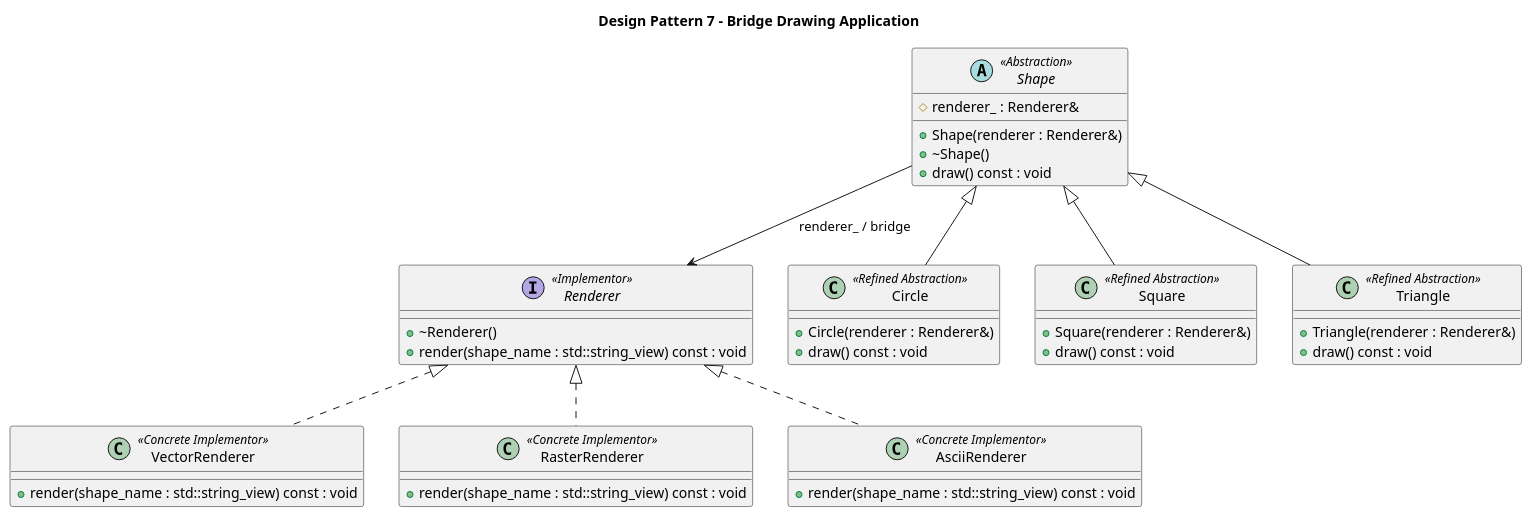
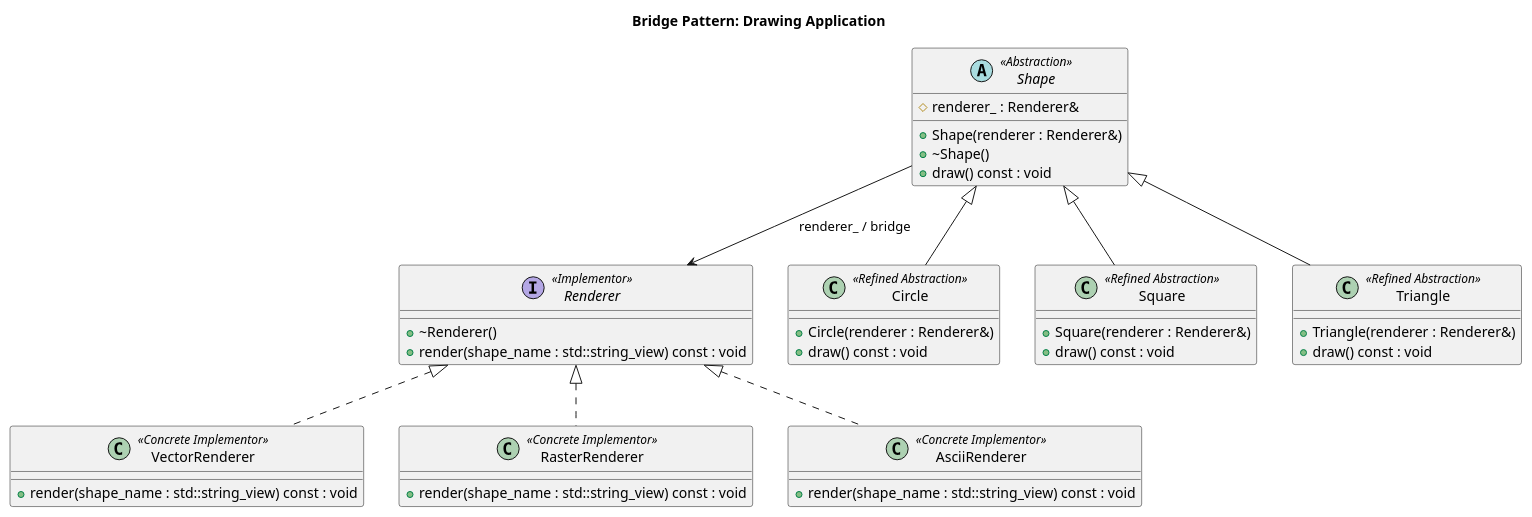
Before and after one commit to PatrickG2907/oop-design-pattern-challenges: the diagram in structural-patterns/bridge/cpp/architecture.puml, drawn with PlantUML.

```diff
--- a/structural-patterns/bridge/cpp/architecture.puml
+++ b/structural-patterns/bridge/cpp/architecture.puml
@@ -1,53 +1,53 @@
 @startuml
-title Design Pattern 7 - Bridge Drawing Application
+title Bridge Pattern: Drawing Application
 
 interface Renderer <<Implementor>> {
     + ~Renderer()
     + render(shape_name : std::string_view) const : void
 }
 
 class VectorRenderer <<Concrete Implementor>> {
     + render(shape_name : std::string_view) const : void
 }
 
 class RasterRenderer <<Concrete Implementor>> {
     + render(shape_name : std::string_view) const : void
 }
 
 class AsciiRenderer <<Concrete Implementor>> {
     + render(shape_name : std::string_view) const : void
 }
 
 abstract class Shape <<Abstraction>> {
     # renderer_ : Renderer&
     + Shape(renderer : Renderer&)
     + ~Shape()
     + draw() const : void
 }
 
 class Circle <<Refined Abstraction>> {
     + Circle(renderer : Renderer&)
     + draw() const : void
 }
 
 class Square <<Refined Abstraction>> {
     + Square(renderer : Renderer&)
     + draw() const : void
 }
 
 class Triangle <<Refined Abstraction>> {
     + Triangle(renderer : Renderer&)
     + draw() const : void
 }
 
 Renderer <|.. VectorRenderer
 Renderer <|.. RasterRenderer
 Renderer <|.. AsciiRenderer
 
 Shape <|-- Circle
 Shape <|-- Square
 Shape <|-- Triangle
 
 Shape --> Renderer : renderer_ / bridge
 
 @enduml
```
